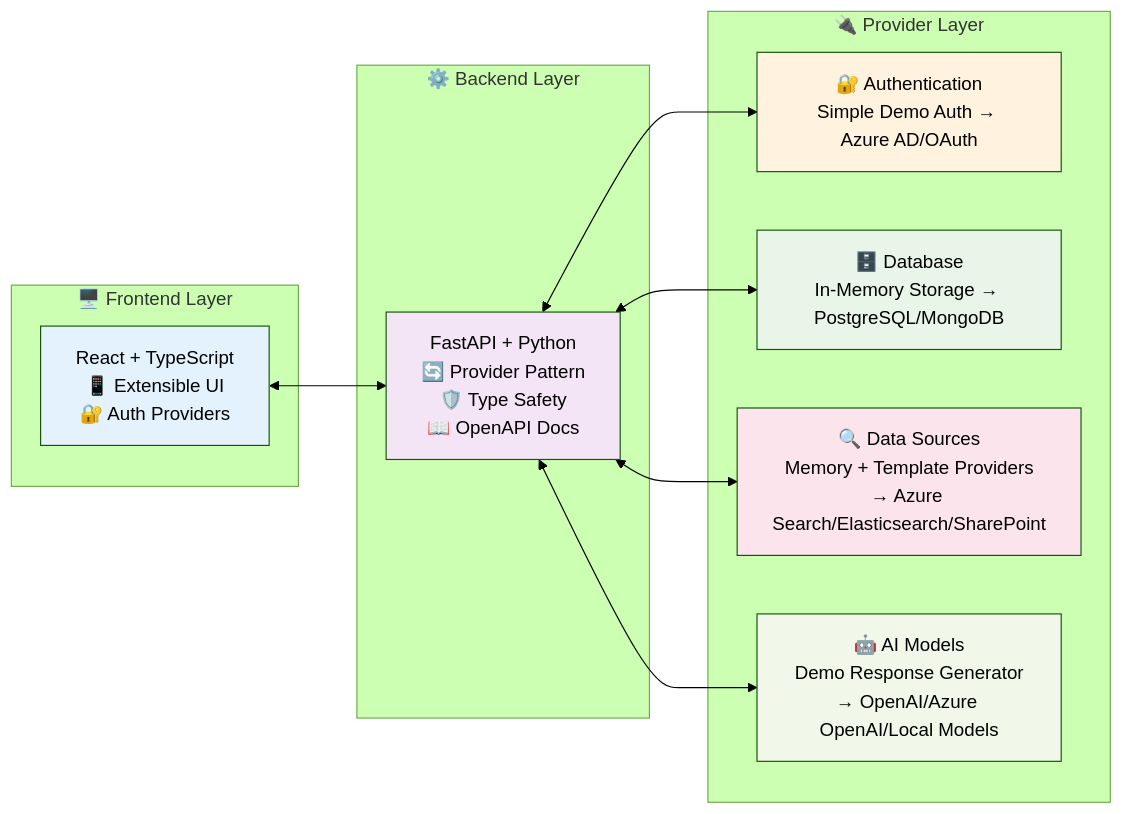
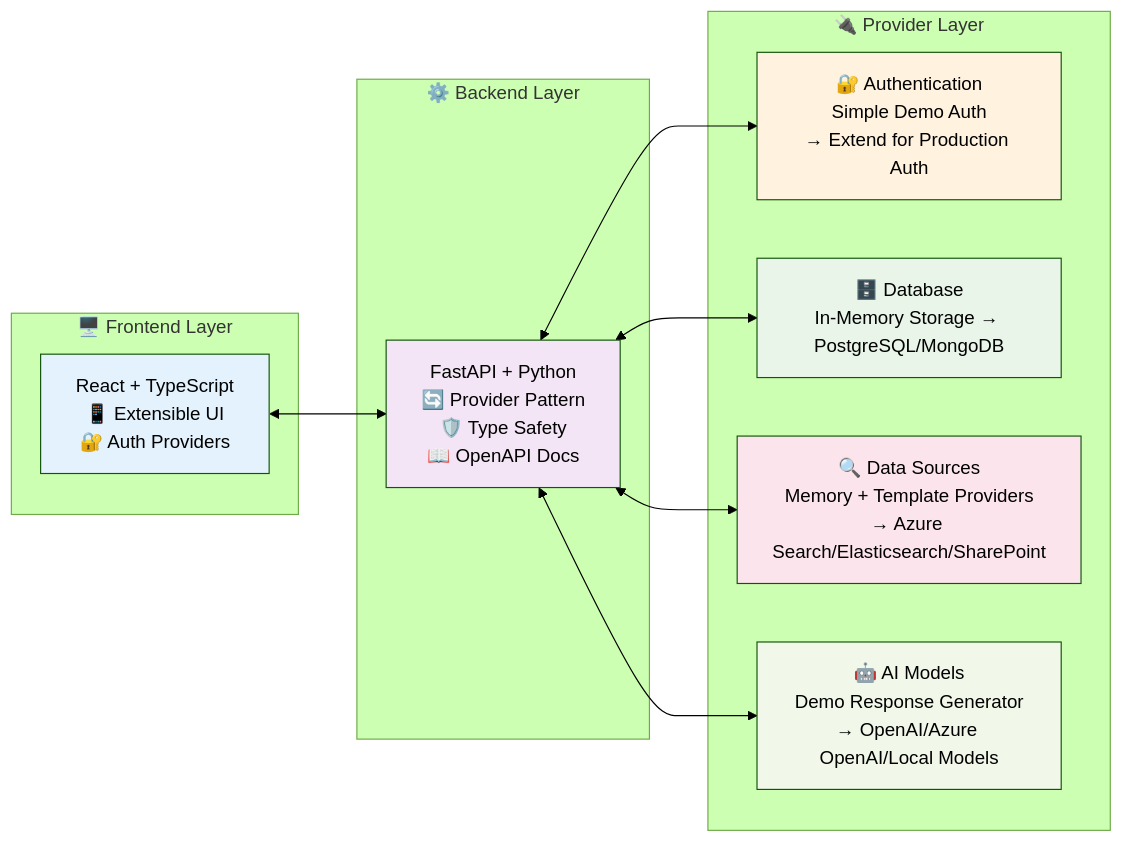
Before and after one commit to bostdiek/ragGroundTruthGenerator: the second of 2 diagrams in README.md, drawn with Mermaid (forest theme). The commit also changed other lines of this file, not shown here.

Commit message:
refactor: update README to clarify architecture and extension capabilities

````diff
--- a/README.md
+++ b/README.md
@@ -95,30 +95,30 @@
 ```mermaid
 graph LR
     subgraph "🖥️ Frontend Layer"
         A[React + TypeScript<br/>📱 Extensible UI<br/>🔐 Auth Providers]
     end
     
     subgraph "⚙️ Backend Layer" 
         B[FastAPI + Python<br/>🔄 Provider Pattern<br/>🛡️ Type Safety<br/>📖 OpenAPI Docs]
     end
     
     subgraph "🔌 Provider Layer"
-        C[🔐 Authentication<br/>Simple Demo Auth → Azure AD/OAuth]
+        C[🔐 Authentication<br/>Simple Demo Auth<br/>→ Extend for Production Auth]
         D[🗄️ Database<br/>In-Memory Storage → PostgreSQL/MongoDB]
         E[🔍 Data Sources<br/>Memory + Template Providers<br/>→ Azure Search/Elasticsearch/SharePoint]
         F[🤖 AI Models<br/>Demo Response Generator<br/>→ OpenAI/Azure OpenAI/Local Models]
     end
     
     A <--> B
     B <--> C
     B <--> D
     B <--> E
     B <--> F
     
     style A fill:#e3f2fd
     style B fill:#f3e5f5
     style C fill:#fff3e0
     style D fill:#e8f5e8
     style E fill:#fce4ec
     style F fill:#f1f8e9
 ```
````
